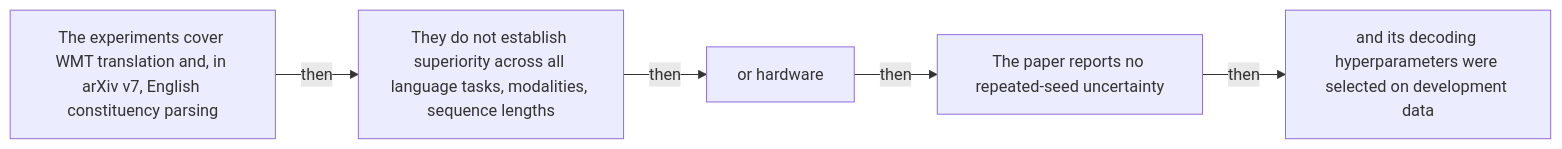
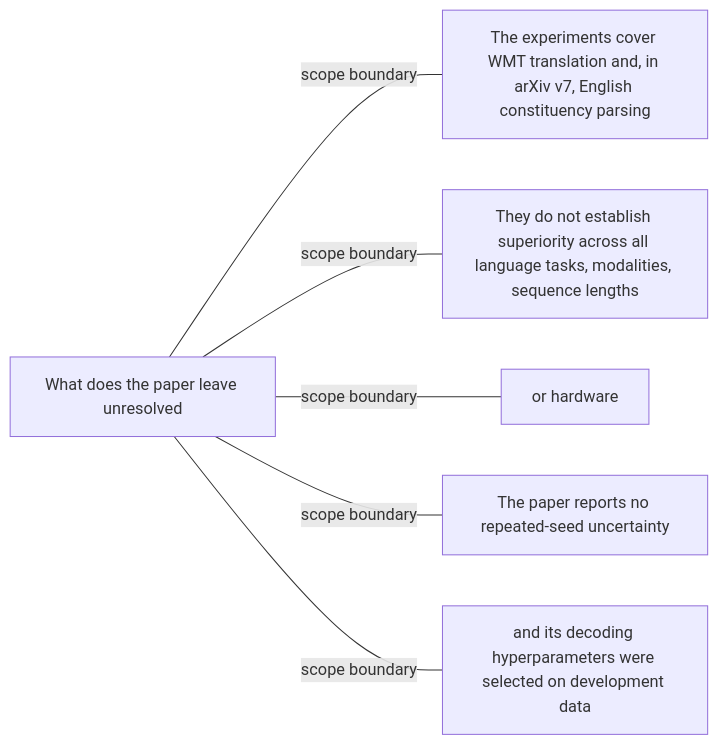
Before and after one commit to Betancourt1/paper_atlas: diagram 42 of 54 in docs/visual-manifests/VISUAL_MANIFEST_ATTENTION_IS_ALL_YOU_NEED.md, drawn with Mermaid. The commit also changed other lines of this file and 7 other files, not shown here.

````diff
--- a/docs/visual-manifests/VISUAL_MANIFEST_ATTENTION_IS_ALL_YOU_NEED.md
+++ b/docs/visual-manifests/VISUAL_MANIFEST_ATTENTION_IS_ALL_YOU_NEED.md
@@ -3375,12 +3404,14 @@
 ```mermaid
 flowchart LR
-  n1["The experiments cover WMT translation and, in arXiv v7, English constituency parsing"]
-  n2["They do not establish superiority across all language tasks, modalities, sequence lengths"]
-  n3["or hardware"]
-  n4["The paper reports no repeated-seed uncertainty"]
-  n5["and its decoding hyperparameters were selected on development data"]
-  n1 -->|"then"| n2
-  n2 -->|"then"| n3
-  n3 -->|"then"| n4
-  n4 -->|"then"| n5
+  center["What does the paper leave unresolved"]
+  f1["The experiments cover WMT translation and, in arXiv v7, English constituency parsing"]
+  f2["They do not establish superiority across all language tasks, modalities, sequence lengths"]
+  f3["or hardware"]
+  f4["The paper reports no repeated-seed uncertainty"]
+  f5["and its decoding hyperparameters were selected on development data"]
+  center ---|"scope boundary"| f1
+  center ---|"scope boundary"| f2
+  center ---|"scope boundary"| f3
+  center ---|"scope boundary"| f4
+  center ---|"scope boundary"| f5
 ```
````
